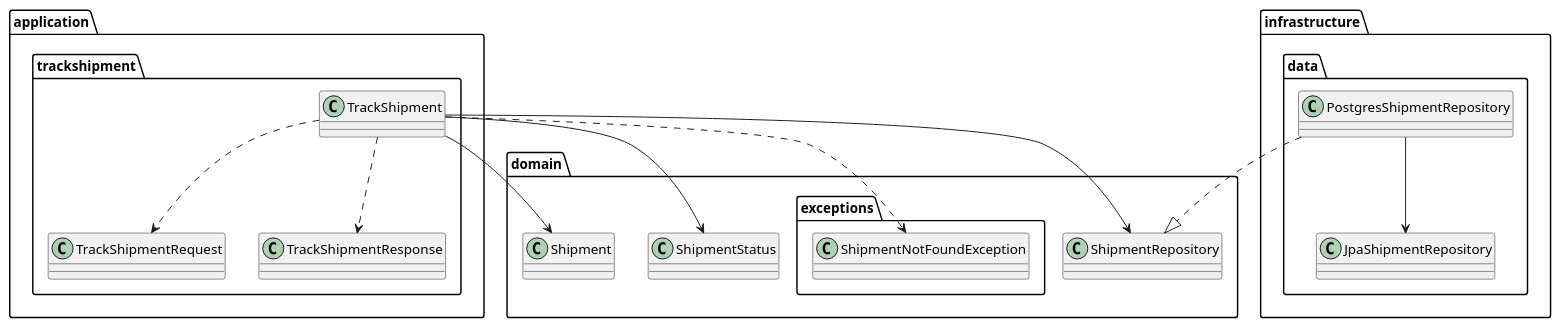
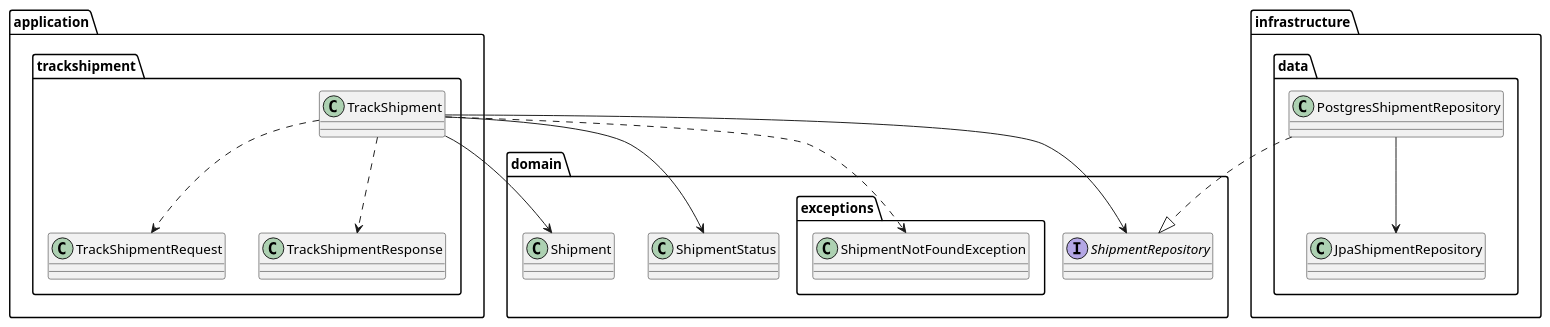
One commit to MasterCloudApps-Projects/realfood-shipping changed the diagram in docs/track-shipment-usecase.puml. Above: the diagram before and after it, drawn with PlantUML.

Commit message:
[Shipping] Fix docs use case diagram

```diff
--- a/docs/track-shipment-usecase.puml
+++ b/docs/track-shipment-usecase.puml
@@ -1,13 +1,14 @@
 @startuml
 top to bottom direction
 
+interface domain.ShipmentRepository
 application.trackshipment.TrackShipment ..> application.trackshipment.TrackShipmentRequest
 application.trackshipment.TrackShipment ..> application.trackshipment.TrackShipmentResponse
 application.trackshipment.TrackShipment ..> domain.exceptions.ShipmentNotFoundException
 application.trackshipment.TrackShipment --> domain.ShipmentRepository
 application.trackshipment.TrackShipment --> domain.Shipment
 application.trackshipment.TrackShipment --> domain.ShipmentStatus
 infrastructure.data.PostgresShipmentRepository ..|> domain.ShipmentRepository
 infrastructure.data.PostgresShipmentRepository --> infrastructure.data.JpaShipmentRepository
 
 @enduml
```
